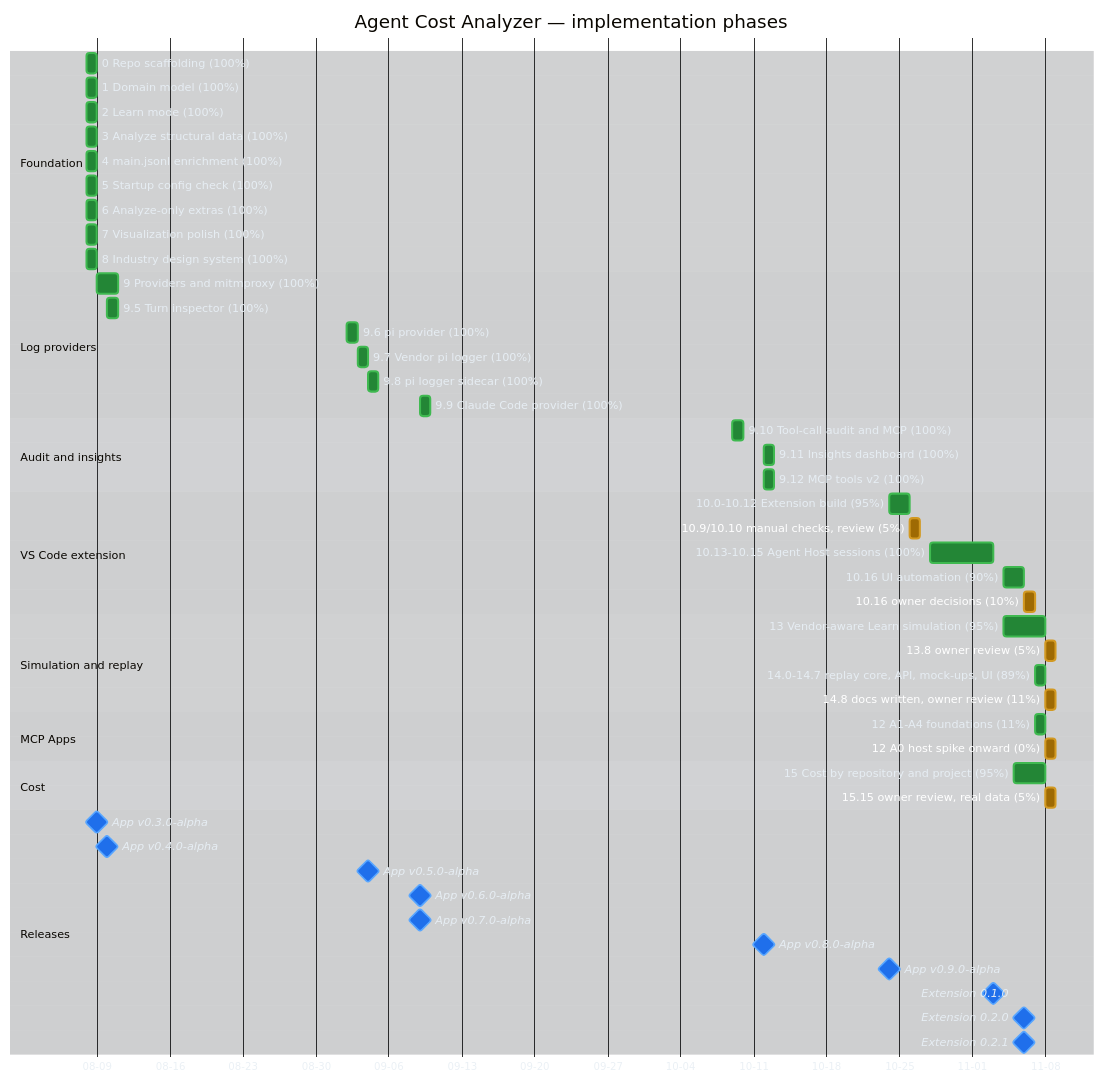
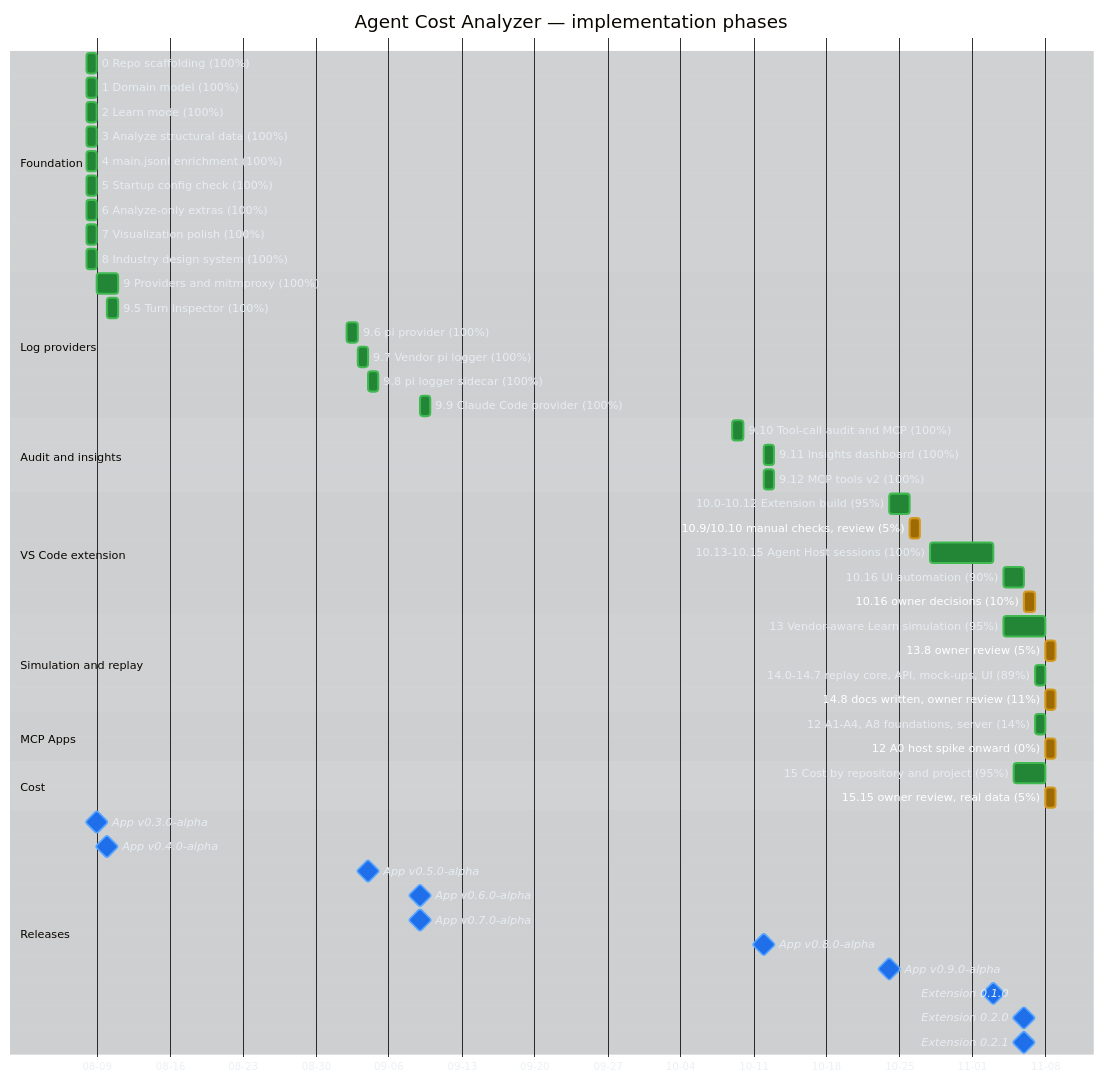
One commit to raulkivi/agent-cost-analyzer changed the first of 3 diagrams in docs/implementation-plan-gantt.md. Above: the diagram before and after it, drawn with Mermaid. The commit also changed other lines of this file and 11 other files, not shown here.

```diff
--- a/docs/implementation-plan-gantt.md
+++ b/docs/implementation-plan-gantt.md
@@ -73,7 +75,7 @@
     14.8 docs written, owner review (11%)  :active, p14r, after p14, 1d
 
     section MCP Apps
-    12 A1-A4 foundations (11%)             :done, p12a, 2026-11-07, 1d
+    12 A1-A4, A8 foundations, server (14%) :done, p12a, 2026-11-07, 1d
     12 A0 host spike onward (0%)          :active, p12b, after p12a, 1d
 
     section Cost
```
